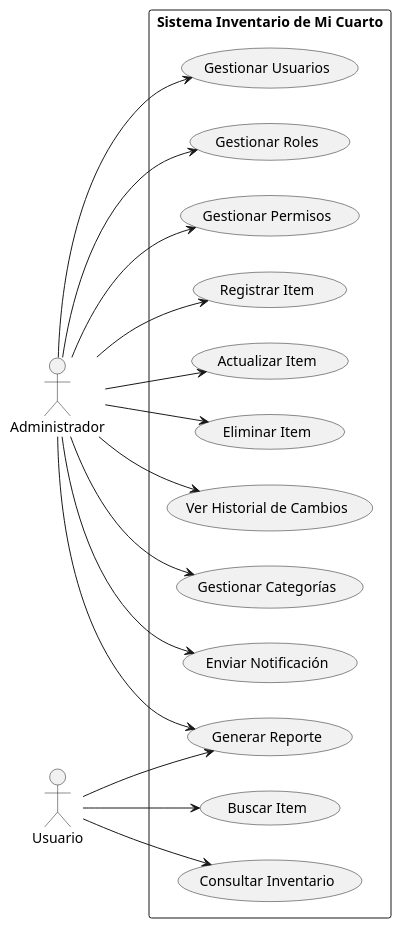
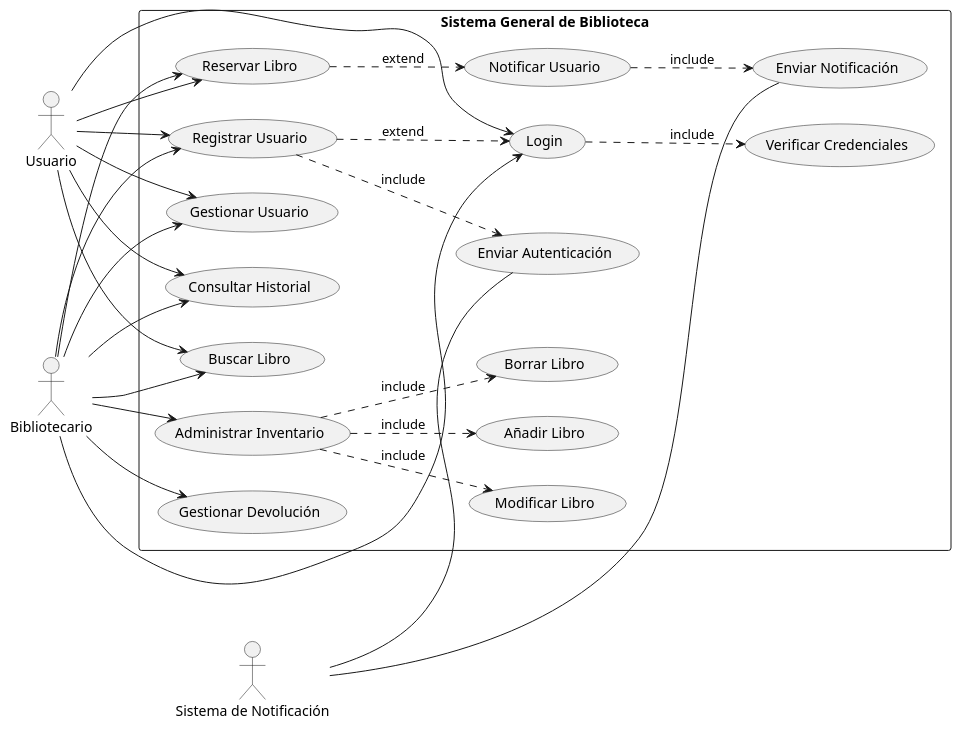
The diagram in diagram.puml (ricardouriegas/notas-cuatri7), drawn with PlantUML before and after one commit. The commit also changed 2 other files, not shown here.

```diff
--- a/diagram.puml
+++ b/diagram.puml
@@ -1,39 +1,57 @@
-@startuml nose
-' view in vertical direction
+@startuml Sistema-Bibliotecario-Funcionales
 left to right direction
 
-:Administrador: as Admin
-:Usuario: as User
+actor Usuario
+actor Bibliotecario
+actor "Sistema de Notificación"
 
-rectangle "Sistema Inventario de Mi Cuarto" {
-    (Registrar Item) as CU1
-    (Actualizar Item) as CU2
-    (Eliminar Item) as CU3
-    (Consultar Inventario) as CU4
-    (Buscar Item) as CU5
-    (Generar Reporte) as CU6
-    (Ver Historial de Cambios) as CU7
-    (Gestionar Categorías) as CU8
-    (Enviar Notificación) as CU9
-    (Gestionar Usuarios) as CU10
-    (Gestionar Roles) as CU11
-    (Gestionar Permisos) as CU12
+rectangle "Sistema General de Biblioteca" {
+    usecase "Registrar Usuario" as CU1
+    usecase "Login" as CU2
+    usecase "Verificar Credenciales" as CU3
+    usecase "Gestionar Usuario" as CU4
+    usecase "Buscar Libro" as CU5
+    usecase "Reservar Libro" as CU6
+    usecase "Notificar Usuario" as CU7
+    usecase "Enviar Notificación" as CU8
+    usecase "Consultar Historial" as CU9
+    usecase "Administrar Inventario" as CU10
+    usecase "Añadir Libro" as CU11
+    usecase "Borrar Libro" as CU12
+    usecase "Modificar Libro" as CU13
+    usecase "Gestionar Devolución" as CU14
+    usecase "Enviar Autenticación" as CU15
 }
 
-Admin --> CU1
-Admin --> CU2
-Admin --> CU3
-Admin --> CU6
-Admin --> CU7
-Admin --> CU8
-Admin --> CU9
-Admin --> CU10
-Admin --> CU11
-Admin --> CU12
+Usuario --> CU1
+Usuario --> CU2
+Usuario --> CU4
+Usuario --> CU5
+Usuario --> CU6
+Usuario --> CU9
 
-User --> CU4
-User --> CU5
-User --> CU6
+CU2 -.> CU3 : include
+CU6 -.> CU7 : extend
+CU7 -.> CU8 : include
 
+Bibliotecario --> CU1
+Bibliotecario --> CU2
+Bibliotecario --> CU4
+Bibliotecario --> CU5
+Bibliotecario --> CU6
+Bibliotecario --> CU9
+Bibliotecario --> CU10
+
+CU10 -.> CU11 : include
+CU10 -.> CU12 : include
+CU10 -.> CU13 : include
+CU1 -.> CU2 : extend
+
+Bibliotecario --> CU14
+
+"Sistema de Notificación" -- CU8
+"Sistema de Notificación" -- CU15
+
+CU1 -.> CU15 : include
 
 @enduml
```
